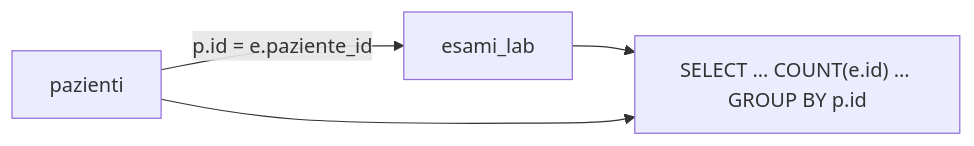
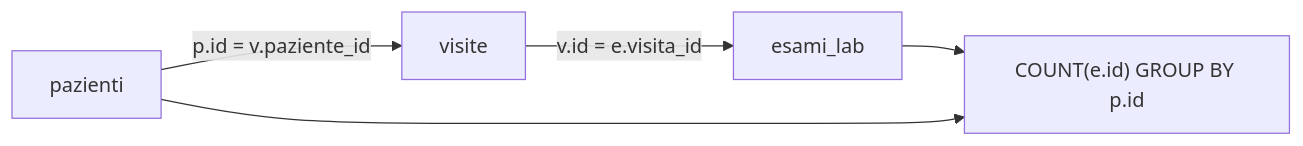
One commit to lucadagati/Lab_Fondamenti_di_Informatica_25_26 changed the fifth of 6 diagrams in 07-matlab-sqlite-database/README.md. Above: the diagram before and after it, drawn with Mermaid. The commit also changed other lines of this file and 11 other files, not shown here.

First line of the commit message:
Lab 07: schema SQLite esteso a sei tabelle (LIS didattico)

````diff
--- a/07-matlab-sqlite-database/README.md
+++ b/07-matlab-sqlite-database/README.md
@@ -235,6 +279,7 @@
 ```mermaid
 flowchart LR
-    P[pazienti] -->|p.id = e.paziente_id| E[esami_lab]
-    E --> Q["SELECT … COUNT(e.id) … GROUP BY p.id"]
+    P[pazienti] -->|p.id = v.paziente_id| V[visite]
+    V -->|v.id = e.visita_id| E[esami_lab]
+    E --> Q["COUNT(e.id) GROUP BY p.id"]
     P --> Q
 ```
````
